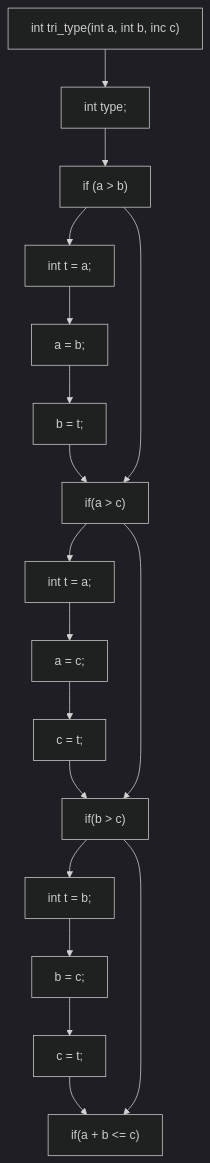
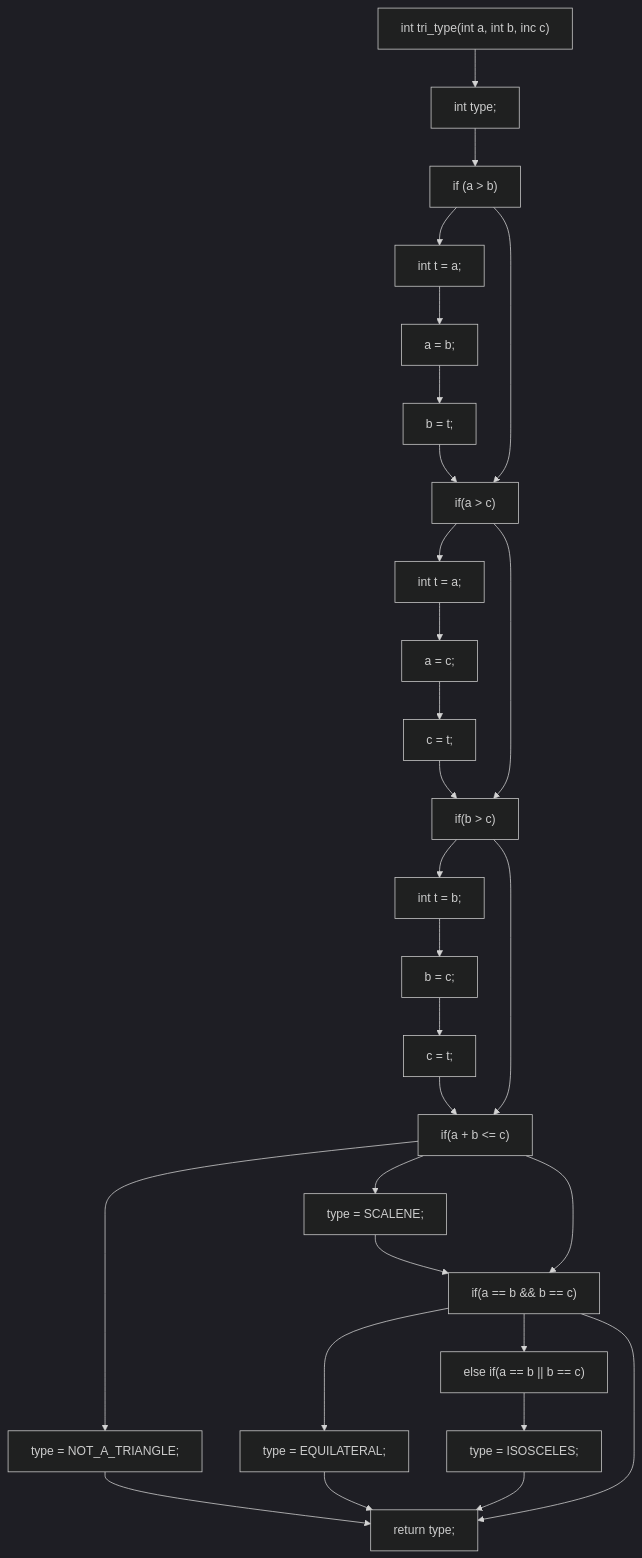
The second of 2 diagrams in README.md (hajer78945/eng5), drawn with Mermaid (dark theme) before and after one commit.

````diff
--- a/README.md
+++ b/README.md
@@ -203,19 +203,24 @@
 ```mermaid
 graph TD;
 id1["int tri_type(int a, int b, inc c)"]
 id2["int type;"]
 id1 --> id2;
 id3["if (a > b)"]
 id2 --> id3;
 id4["if(a > c)"]
 id3 --> id5["int t = a;"] --> id6["a = b;"] --> id7["b = t;"] --> id4
 id3 --> id4;
 id8["if(b > c)"]
 id4 --> id9["int t = a;"] --> id10["a = c;"] --> id11["c = t;"] --> id8
 id4 --> id8;
 id12["if(a + b <= c)"]
 id8 --> id13["int t = b;"] --> id14["b = c;"] --> id15["c = t;"] --> id12
 id8 --> id12;
-
+id16["return type;"]
+id12 --> id17["type = NOT_A_TRIANGLE;"] --> id16
+id12 --> id18["type = SCALENE;"] --> id19["if(a == b && b == c)"] --> id20["type = EQUILATERAL;"] --> id16
+id12 --> id19
+id19 --> id21["else if(a == b || b == c)"] --> id22["type = ISOSCELES;"] --> id16
+id19 --> id16
 
 ```
````
